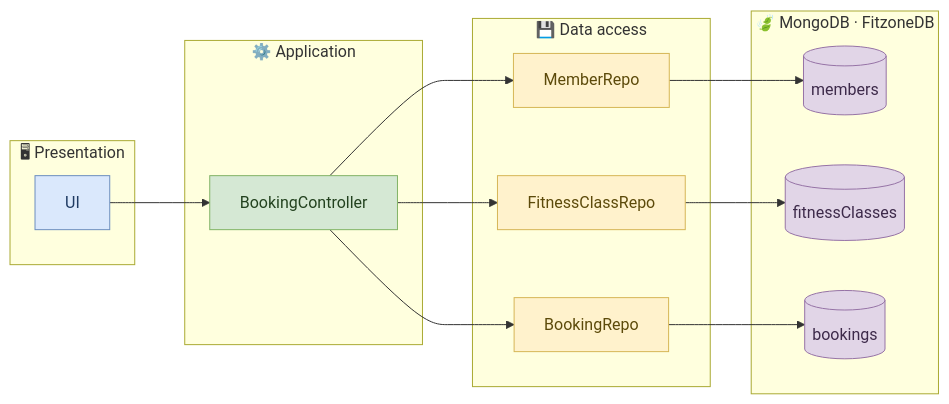
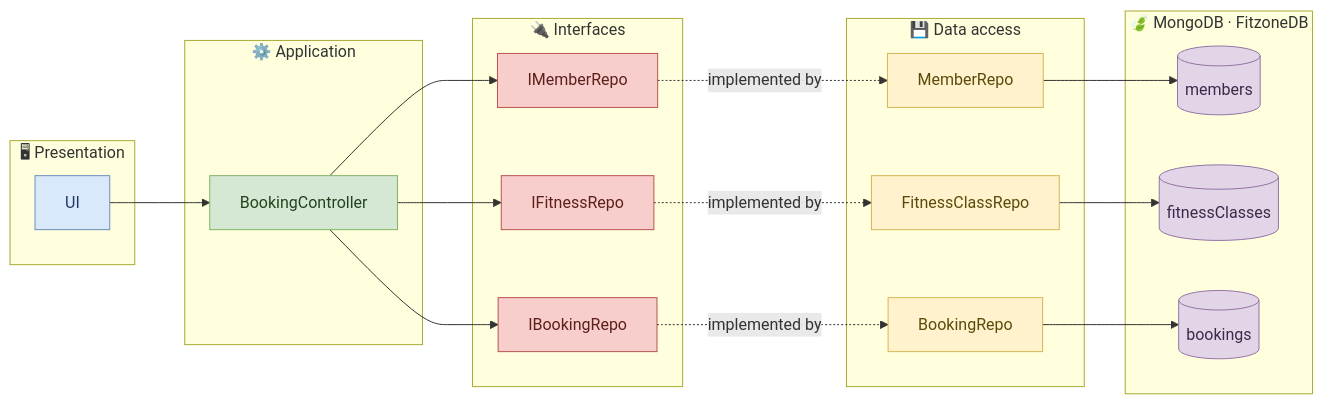
Before and after one commit to jonathanhj123/FitZone: the first of 2 diagrams in README.md, drawn with Mermaid. The commit also changed other lines of this file and 21 other files, not shown here.

````diff
--- a/README.md
+++ b/README.md
@@ -43,34 +66,44 @@
 ```mermaid
 flowchart LR
     subgraph P["🖥 Presentation"]
         UI["UI"]
     end
     subgraph A["⚙️ Application"]
         BC["BookingController"]
+    end
+    subgraph I["🔌 Interfaces"]
+        IMR["IMemberRepo"]
+        IFR["IFitnessRepo"]
+        IBR["IBookingRepo"]
     end
     subgraph D["💾 Data access"]
         MR["MemberRepo"]
         FR["FitnessClassRepo"]
         BR["BookingRepo"]
     end
     subgraph DB["🍃 MongoDB · FitzoneDB"]
         M[("members")]
         F[("fitnessClasses")]
         B[("bookings")]
     end
 
     UI --> BC
-    BC --> MR & FR & BR
+    BC --> IMR & IFR & IBR
+    IMR -. implemented by .-> MR
+    IFR -. implemented by .-> FR
+    IBR -. implemented by .-> BR
     MR --> M
     FR --> F
     BR --> B
 
     classDef pres fill:#DAE8FC,stroke:#6C8EBF,color:#1F3B63
     classDef app fill:#D5E8D4,stroke:#82B366,color:#23421F
+    classDef intf fill:#F8CECC,stroke:#B85450,color:#5C1F1C
     classDef data fill:#FFF2CC,stroke:#D6B656,color:#5C4A0A
     classDef db fill:#E1D5E7,stroke:#9673A6,color:#3D2A4A
     class UI pres
     class BC app
+    class IMR,IFR,IBR intf
     class MR,FR,BR data
     class M,F,B db
 ```
````
